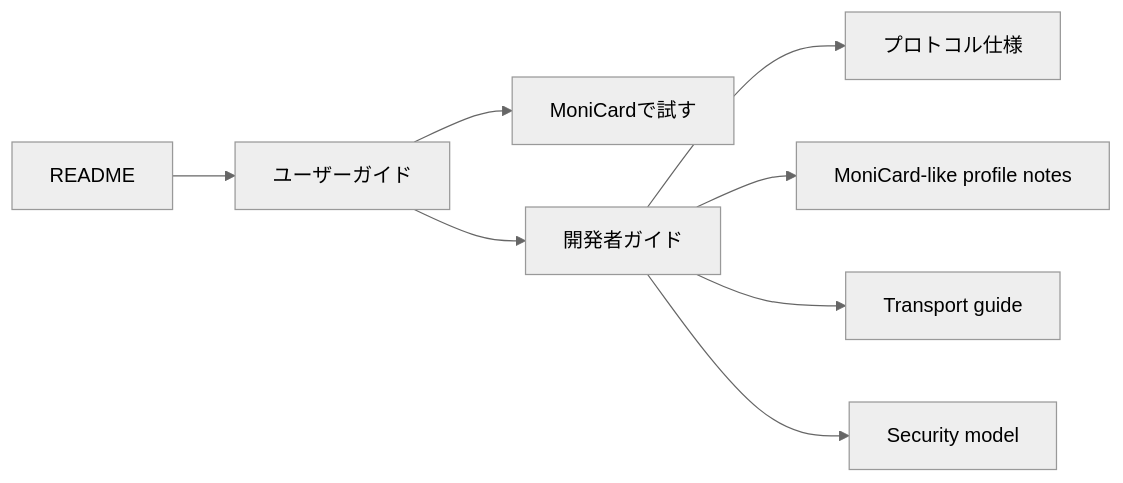
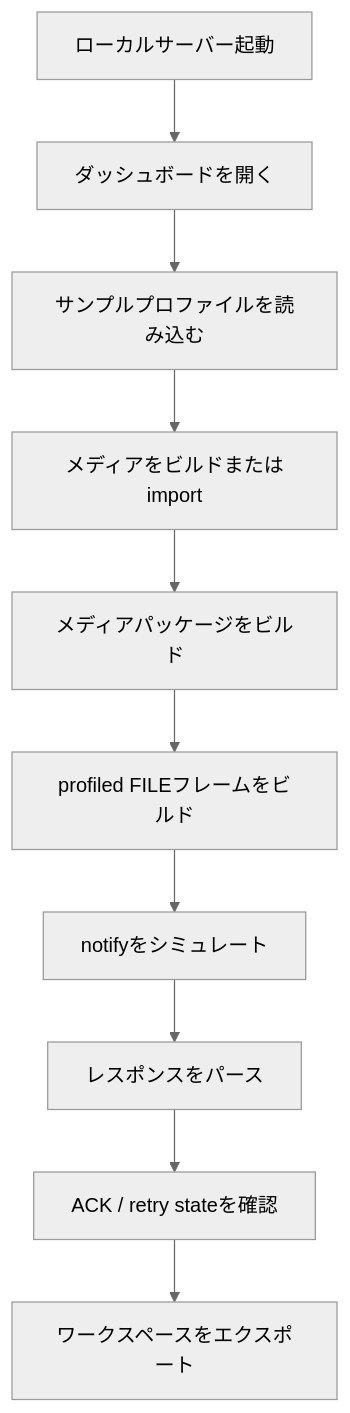
One commit to Azsoft-jp/MCard-StarterKit changed the second of 3 diagrams in docs-ja/README.md. Above: the diagram before and after it, drawn with Mermaid (neutral theme). The commit also changed other lines of this file, not shown here.

````diff
--- a/docs-ja/README.md
+++ b/docs-ja/README.md
@@ -66,10 +128,12 @@
 ```mermaid
-flowchart LR
-  R[README] --> U[ユーザーガイド]
-  U --> H[MoniCardで試す]
-  U --> D[開発者ガイド]
-  D --> P[プロトコル仕様]
-  D --> M[MoniCard-like profile notes]
-  D --> T[Transport guide]
-  D --> S[Security model]
+flowchart TD
+  A[ローカルサーバー起動] --> B[ダッシュボードを開く]
+  B --> C[サンプルプロファイルを読み込む]
+  C --> D[メディアをビルドまたはimport]
+  D --> E[メディアパッケージをビルド]
+  E --> F[profiled FILEフレームをビルド]
+  F --> G[notifyをシミュレート]
+  G --> H[レスポンスをパース]
+  H --> I[ACK / retry stateを確認]
+  I --> J[ワークスペースをエクスポート]
 ```
````
